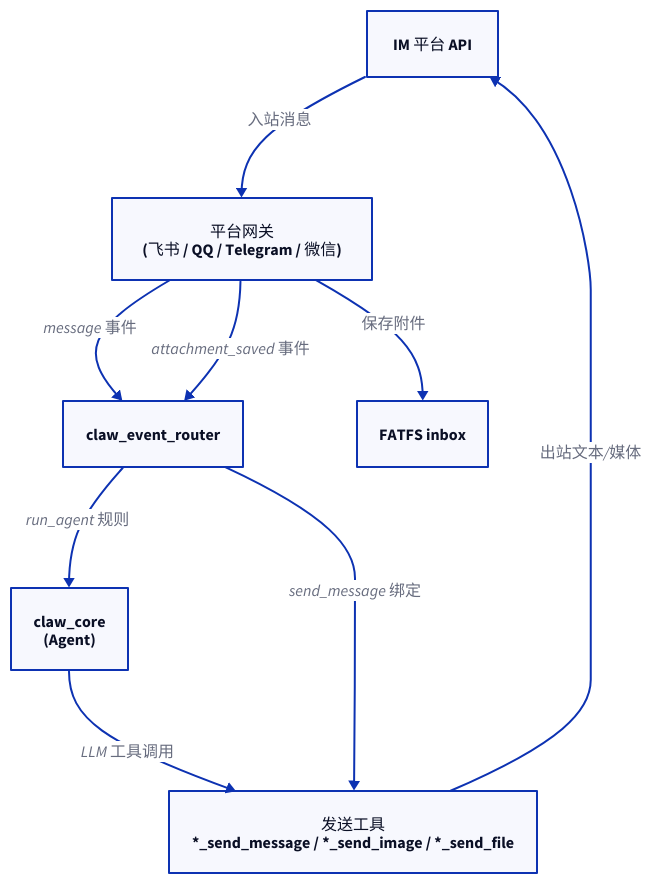
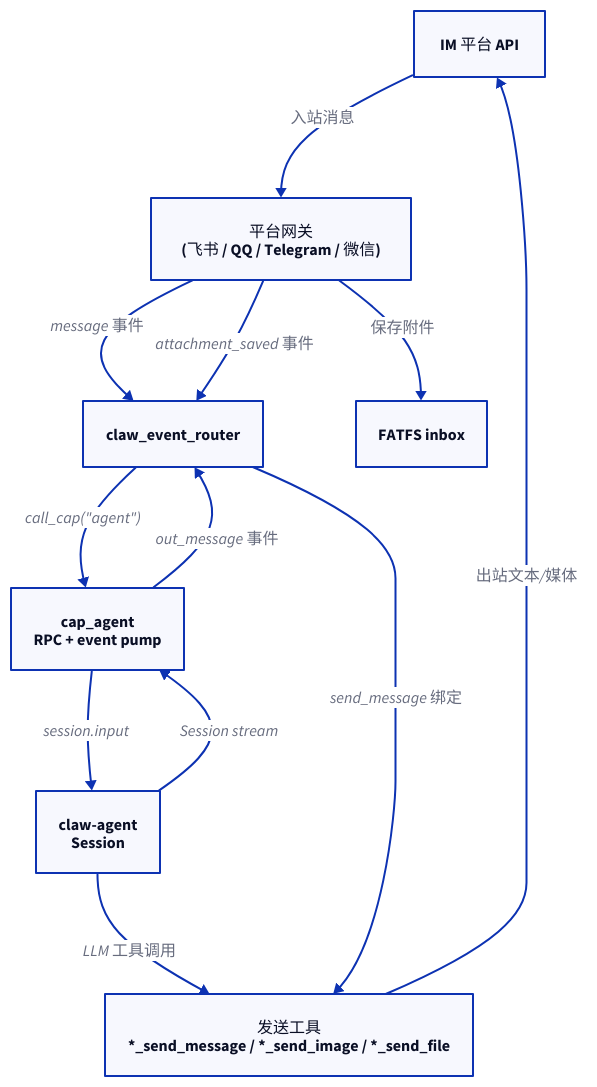
The first of 2 diagrams in docs/src/content/docs/zh-cn/reference-cap/cap-im-platform.mdx (Asfixious/esp-claw), drawn with D2 before and after one commit. The commit also changed 16 other files, not shown here.

Commit message:
doc(claw-core): added some docs

````diff
--- a/docs/src/content/docs/zh-cn/reference-cap/cap-im-platform.mdx
+++ b/docs/src/content/docs/zh-cn/reference-cap/cap-im-platform.mdx
@@ -48,17 +48,21 @@
 ```d2
 im_api: "IM 平台 API"
 gateway: "平台网关\n(飞书 / QQ / Telegram / 微信)"
 router: "claw_event_router"
-core: "claw_core\n(Agent)"
+adapter: "cap_agent\nRPC + event pump"
+agent: "claw-agent\nSession"
 fatfs: "FATFS inbox"
 tools: "发送工具\n*_send_message / *_send_image / *_send_file"
 
 im_api -> gateway: "入站消息"
 gateway -> router: "message 事件"
 gateway -> fatfs: "保存附件"
 gateway -> router: "attachment_saved 事件"
-router -> core: "run_agent 规则"
-core -> tools: "LLM 工具调用"
+router -> adapter: "call_cap(\"agent\")"
+adapter -> agent: "session.input"
+agent -> adapter: "Session stream"
+adapter -> router: "out_message 事件"
+agent -> tools: "LLM 工具调用"
 tools -> im_api: "出站文本/媒体"
 router -> tools: "send_message 绑定"
 ```
````
